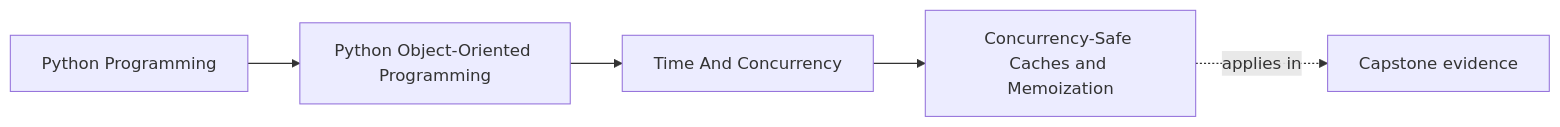
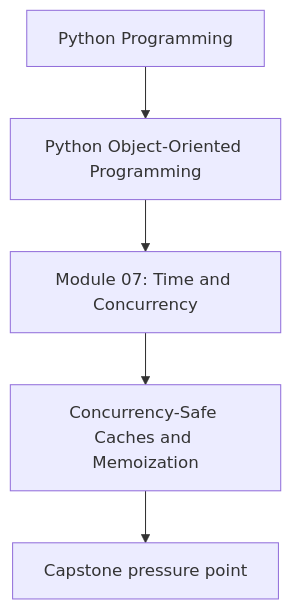
Before and after one commit to bijux/bijux-masterclass: the first of 2 diagrams in programs/python-programming/python-object-oriented-programming/course-book/module-07-time-and-concurrency/concurrency-safe-caches-and-memoization.md, drawn with Mermaid. The commit also changed other lines of this file and 107 other files, not shown here.

Commit message:
docs(python-object-oriented-programming): align concept page diagrams

````diff
--- a/programs/python-programming/python-object-oriented-programming/course-book/module-07-time-and-concurrency/concurrency-safe-caches-and-memoization.md
+++ b/programs/python-programming/python-object-oriented-programming/course-book/module-07-time-and-concurrency/concurrency-safe-caches-and-memoization.md
@@ -7,11 +7,7 @@
 ```mermaid
-graph LR
-  family["Python Programming"]
-  program["Python Object-Oriented Programming"]
-  section["Time And Concurrency"]
-  page["Concurrency-Safe Caches and Memoization"]
-  capstone["Capstone evidence"]
-
-  family --> program --> section --> page
-  page -.applies in.-> capstone
+flowchart TD
+  family["Python Programming"] --> program["Python Object-Oriented Programming"]
+  program --> module["Module 07: Time and Concurrency"]
+  module --> concept["Concurrency-Safe Caches and Memoization"]
+  concept --> capstone["Capstone pressure point"]
 ```
````
